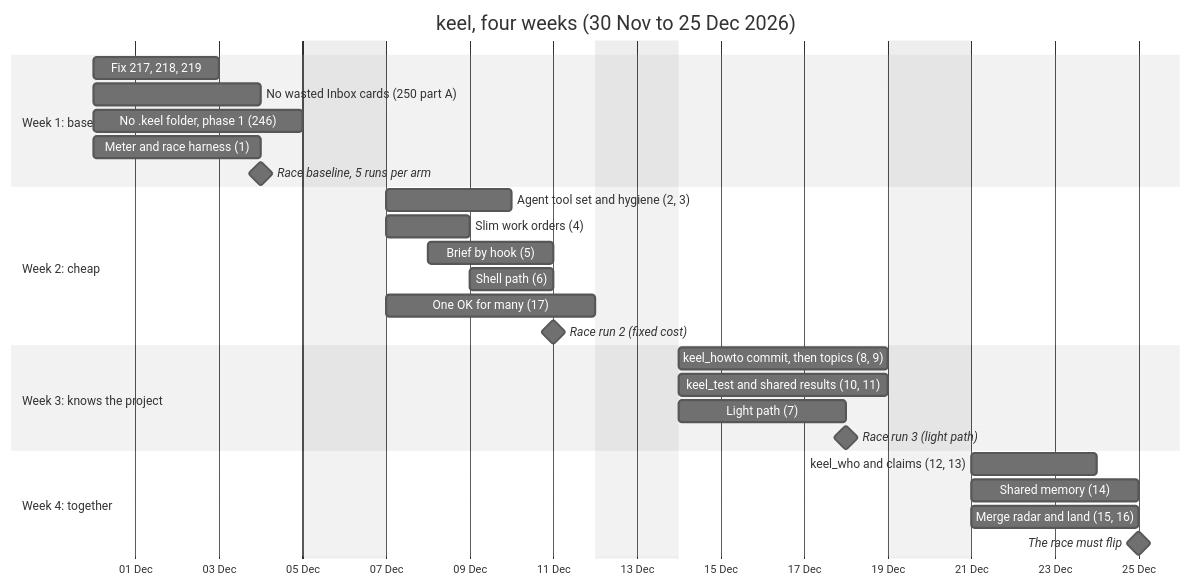
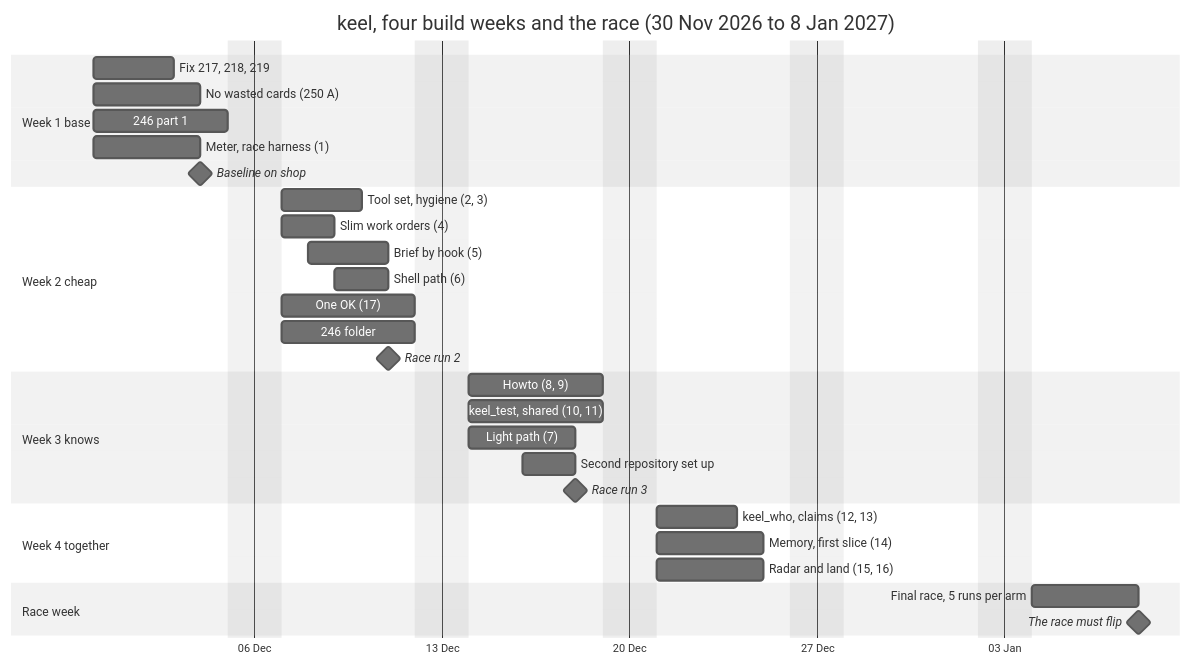
One commit to MiladNalbandi/keel-v2 changed the seventh of 7 diagrams in docs/research/keel-feature-proposal.md. Above: the diagram before and after it, drawn with Mermaid (neutral theme). The commit also changed other lines of this file and 13 other files, not shown here.

````diff
--- a/docs/research/keel-feature-proposal.md
+++ b/docs/research/keel-feature-proposal.md
@@ -785,34 +891,40 @@
 ```mermaid
 gantt
-  title keel, four weeks (30 Nov to 25 Dec 2026)
+  title keel, four build weeks and the race (30 Nov 2026 to 8 Jan 2027)
   dateFormat YYYY-MM-DD
   axisFormat %d %b
   excludes weekends
+  todayMarker off
 
-  section Week 1: base
-  Fix 217, 218, 219                     :w1a, 2026-11-30, 3d
-  No wasted Inbox cards (250 part A)    :w1b, 2026-11-30, 4d
-  No .keel folder, phase 1 (246)        :w1c, 2026-11-30, 5d
-  Meter and race harness (1)            :w1d, 2026-11-30, 4d
-  Race baseline, 5 runs per arm         :milestone, m1, 2026-12-04, 0d
+  section Week 1 base
+  Fix 217, 218, 219              :w1a, 2026-11-30, 3d
+  No wasted cards (250 A)        :w1b, 2026-11-30, 4d
+  246 part 1                     :w1c, 2026-11-30, 5d
+  Meter, race harness (1)        :w1d, 2026-11-30, 4d
+  Baseline on shop               :milestone, m1, 2026-12-04, 0d
 
-  section Week 2: cheap
-  Agent tool set and hygiene (2, 3)     :w2a, 2026-12-07, 3d
-  Slim work orders (4)                  :w2b, 2026-12-07, 2d
-  Brief by hook (5)                     :w2c, 2026-12-08, 3d
-  Shell path (6)                        :w2d, 2026-12-09, 2d
-  One OK for many (17)                  :w2e, 2026-12-07, 5d
-  Race run 2 (fixed cost)                :milestone, m2, 2026-12-11, 0d
+  section Week 2 cheap
+  Tool set, hygiene (2, 3)       :w2a, 2026-12-07, 3d
+  Slim work orders (4)           :w2b, 2026-12-07, 2d
+  Brief by hook (5)              :w2c, 2026-12-08, 3d
+  Shell path (6)                 :w2d, 2026-12-09, 2d
+  One OK (17)                    :w2e, 2026-12-07, 5d
+  246 folder                     :w2f, 2026-12-07, 5d
+  Race run 2                     :milestone, m2, 2026-12-11, 0d
 
-  section Week 3: knows the project
-  keel_howto commit, then topics (8, 9) :w3a, 2026-12-14, 5d
-  keel_test and shared results (10, 11) :w3b, 2026-12-14, 5d
-  Light path (7)                        :w3c, 2026-12-14, 4d
-  Race run 3 (light path)                :milestone, m3, 2026-12-18, 0d
+  section Week 3 knows
+  Howto (8, 9)                   :w3a, 2026-12-14, 5d
+  keel_test, shared (10, 11)     :w3b, 2026-12-14, 5d
+  Light path (7)                 :w3c, 2026-12-14, 4d
+  Second repository set up       :w3d, 2026-12-16, 2d
+  Race run 3                     :milestone, m3, 2026-12-18, 0d
 
-  section Week 4: together
-  keel_who and claims (12, 13)          :w4a, 2026-12-21, 3d
-  Shared memory (14)                    :w4b, 2026-12-21, 4d
-  Merge radar and land (15, 16)         :w4c, 2026-12-21, 4d
-  The race must flip                   :milestone, m4, 2026-12-25, 0d
+  section Week 4 together
+  keel_who, claims (12, 13)      :w4a, 2026-12-21, 3d
+  Memory, first slice (14)       :w4b, 2026-12-21, 4d
+  Radar and land (15, 16)        :w4c, 2026-12-21, 4d
+
+  section Race week
+  Final race, 5 runs per arm     :w5a, 2027-01-04, 4d
+  The race must flip             :milestone, m4, 2027-01-08, 0d
 ```
````
